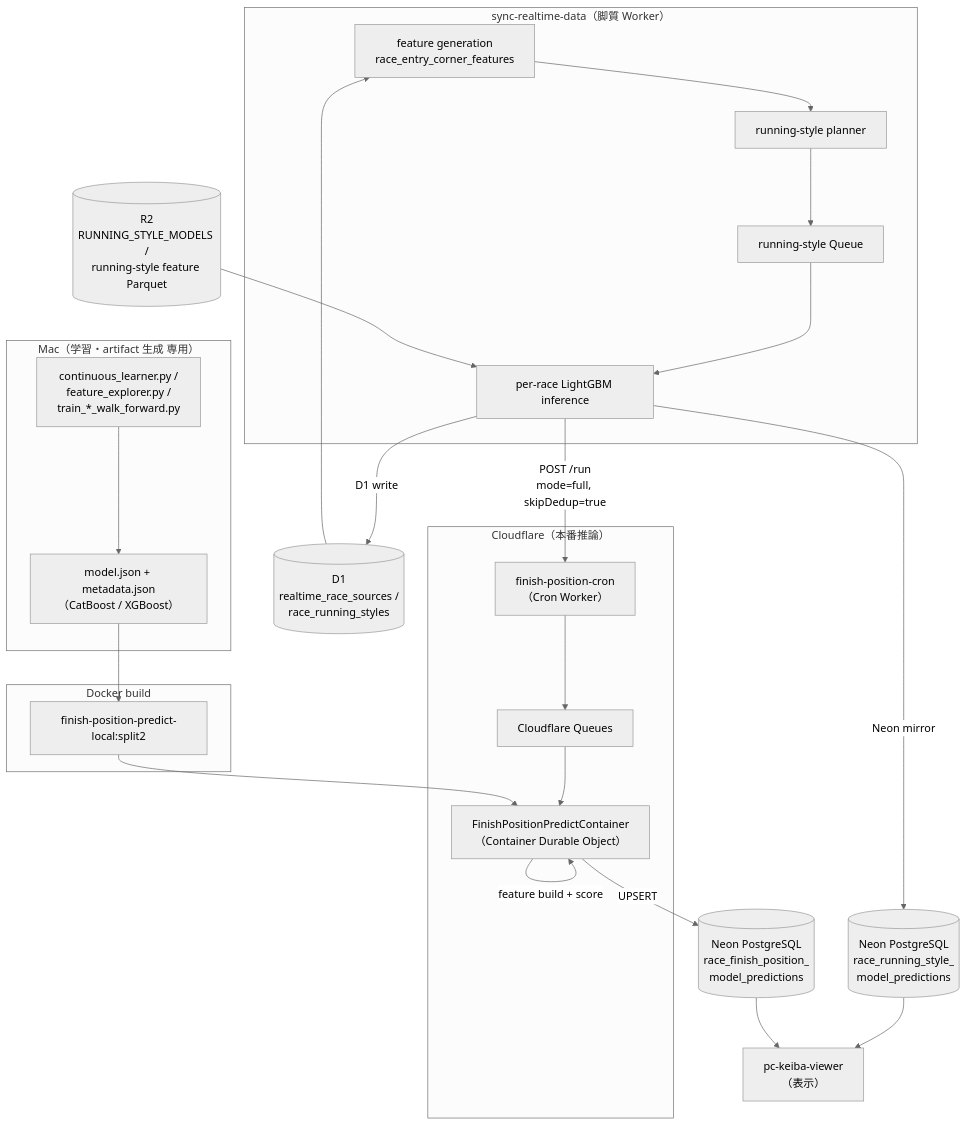
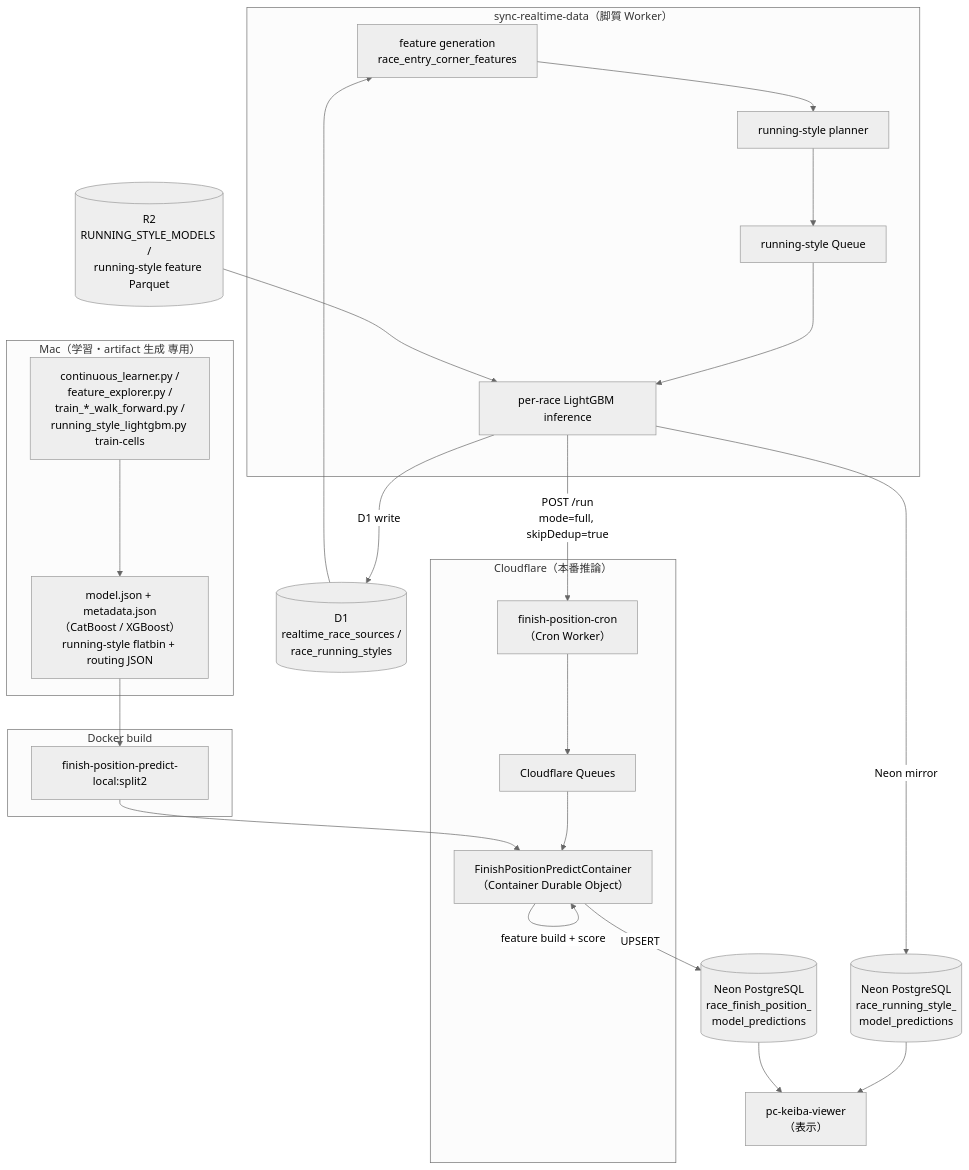
One commit to kkkaoru/horse-racing-data changed the first of 10 diagrams in docs/finish-position-prediction-system.md. Above: the diagram before and after it, drawn with Mermaid (neutral theme). The commit also changed other lines of this file and 8 other files, not shown here.

Commit message:
feat(running-style): train and promote cell models

````diff
--- a/docs/finish-position-prediction-system.md
+++ b/docs/finish-position-prediction-system.md
@@ -22,45 +22,45 @@
 ```mermaid
 flowchart TB
     subgraph MAC["Mac（学習・artifact 生成 専用）"]
-        TRAIN["continuous_learner.py /<br/>feature_explorer.py /<br/>train_*_walk_forward.py"]
-        ARTI["model.json + metadata.json<br/>（CatBoost / XGBoost）"]
+        TRAIN["continuous_learner.py /<br/>feature_explorer.py /<br/>train_*_walk_forward.py /<br/>running_style_lightgbm.py train-cells"]
+        ARTI["model.json + metadata.json<br/>（CatBoost / XGBoost）<br/>running-style flatbin + routing JSON"]
         TRAIN --> ARTI
     end
 
     subgraph BUILD["Docker build"]
         IMG["finish-position-predict-local:split2"]
     end
 
     subgraph RT["sync-realtime-data（脚質 Worker）"]
         FEAT["feature generation<br/>race_entry_corner_features"]
         RSPLAN["running-style planner"]
         RSQUEUE["running-style Queue"]
         RSINFER["per-race LightGBM inference"]
         FEAT --> RSPLAN --> RSQUEUE --> RSINFER
     end
 
     subgraph CF["Cloudflare（本番推論）"]
         CRON["finish-position-cron<br/>（Cron Worker）"]
         QUEUE["Cloudflare Queues"]
         DO["FinishPositionPredictContainer<br/>（Container Durable Object）"]
         CRON --> QUEUE --> DO
     end
 
     D1[("D1<br/>realtime_race_sources /<br/>race_running_styles")]
     R2RS[("R2<br/>RUNNING_STYLE_MODELS /<br/>running-style feature Parquet")]
     NEONRS[("Neon PostgreSQL<br/>race_running_style_<br/>model_predictions")]
     NEON[("Neon PostgreSQL<br/>race_finish_position_<br/>model_predictions")]
     VIEWER["pc-keiba-viewer<br/>（表示）"]
 
     D1 --> FEAT
     R2RS --> RSINFER
     RSINFER -->|"D1 write"| D1
     RSINFER -->|"Neon mirror"| NEONRS
     RSINFER -->|"POST /run<br/>mode=full, skipDedup=true"| CRON
     ARTI --> IMG
     IMG --> DO
     DO -->|"feature build + score"| DO
     DO -->|"UPSERT"| NEON
     NEONRS --> VIEWER
     NEON --> VIEWER
 ```
````
